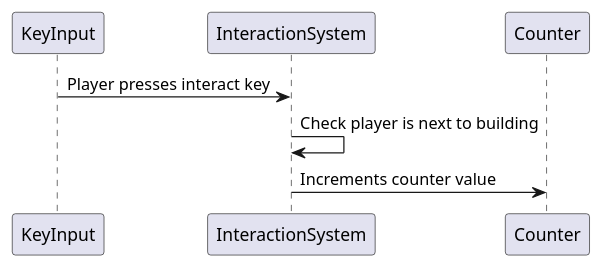
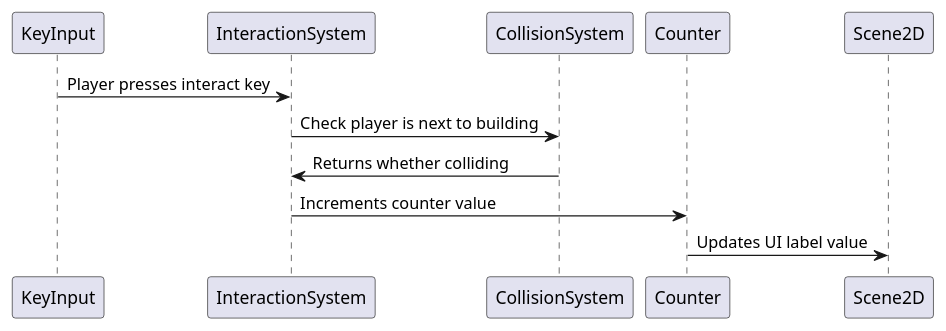
Before and after one commit to jjzsilva9/eng1: the diagram in project/UML/InteractionSequence.puml, drawn with PlantUML.

```diff
--- a/project/UML/InteractionSequence.puml
+++ b/project/UML/InteractionSequence.puml
@@ -1,7 +1,9 @@
 @startuml
 
 KeyInput -> InteractionSystem: Player presses interact key
-InteractionSystem -> InteractionSystem: Check player is next to building
+InteractionSystem -> CollisionSystem: Check player is next to building
+CollisionSystem -> InteractionSystem: Returns whether colliding
 InteractionSystem -> Counter: Increments counter value
+Counter -> Scene2D: Updates UI label value
 
 @enduml
```
